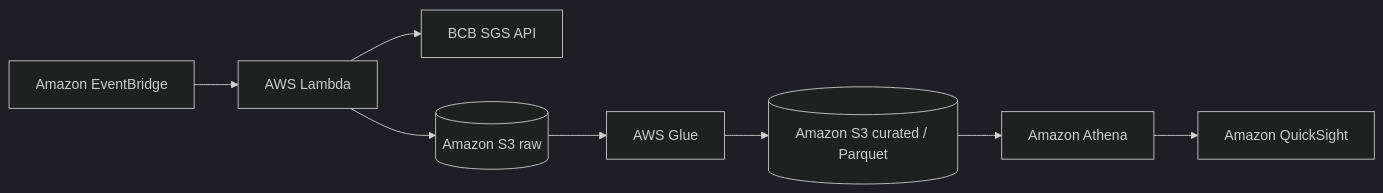
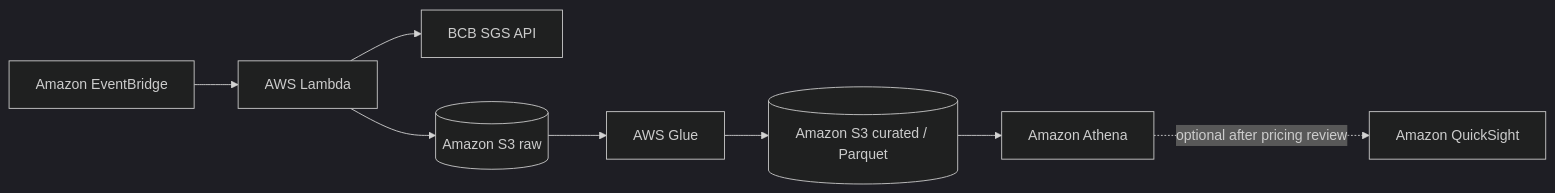
Before and after one commit to guivital1/aws-financial-data-pipeline: the diagram in docs/architecture.md, drawn with Mermaid (dark theme). The commit also changed other lines of this file and 8 other files, not shown here.

````diff
--- a/docs/architecture.md
+++ b/docs/architecture.md
@@ -3,10 +3,10 @@
 ```mermaid
 flowchart LR
     A[Amazon EventBridge] --> B[AWS Lambda]
     B --> C[BCB SGS API]
     B --> D[(Amazon S3 raw)]
     D --> E[AWS Glue]
     E --> F[(Amazon S3 curated / Parquet)]
     F --> G[Amazon Athena]
-    G --> H[Amazon QuickSight]
+    G -. optional after pricing review .-> H[Amazon QuickSight]
 ```
````
